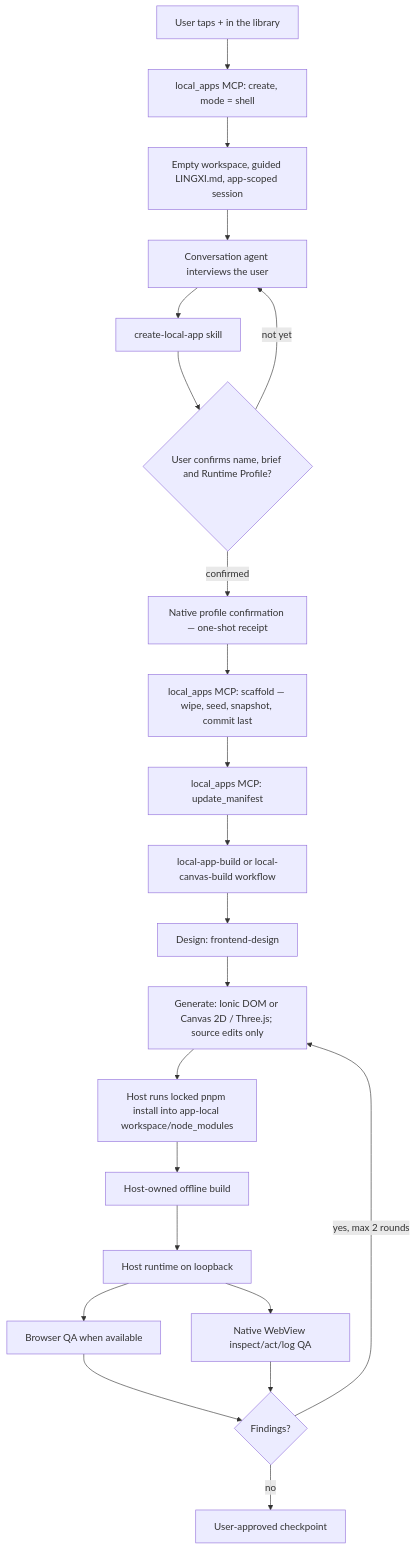
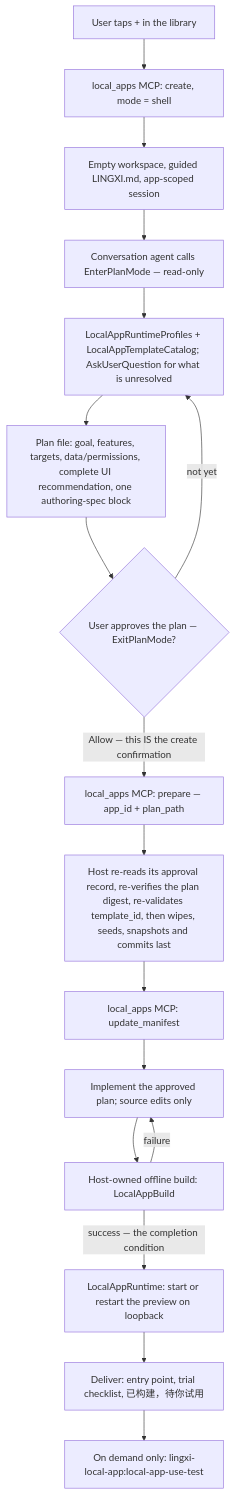
The diagram in docs/local-apps/HANDOFF.md (lingxi-coder/lingxi-app), drawn with Mermaid before and after one commit. The commit also changed other lines of this file and 68 other files, not shown here.

````diff
--- a/docs/local-apps/HANDOFF.md
+++ b/docs/local-apps/HANDOFF.md
@@ -26,24 +26,19 @@
 ```mermaid
 flowchart TD
     N["User taps + in the library"] --> SH["local_apps MCP: create, mode = shell"]
     SH --> E["Empty workspace, guided LINGXI.md, app-scoped session"]
-    E --> C["Conversation agent interviews the user"]
-    C --> S["create-local-app skill"]
-    S --> K{"User confirms name, brief and Runtime Profile?"}
-    K -->|"not yet"| C
-    K -->|"confirmed"| RC["Native profile confirmation — one-shot receipt"]
-    RC --> SC["local_apps MCP: scaffold — wipe, seed, snapshot, commit last"]
+    E --> PM["Conversation agent calls EnterPlanMode — read-only"]
+    PM --> Q["LocalAppRuntimeProfiles + LocalAppTemplateCatalog; AskUserQuestion for what is unresolved"]
+    Q --> PL["Plan file: goal, features, targets, data/permissions, complete UI recommendation, one authoring-spec block"]
+    PL --> A{"User approves the plan — ExitPlanMode?"}
+    A -->|"not yet"| Q
+    A -->|"Allow — this IS the create confirmation"| PR["local_apps MCP: prepare — app_id + plan_path"]
+    PR --> SC["Host re-reads its approval record, re-verifies the plan digest, re-validates template_id, then wipes, seeds, snapshots and commits last"]
     SC --> M["local_apps MCP: update_manifest"]
-    M --> W["local-app-build or local-canvas-build workflow"]
-    W --> D["Design: frontend-design"]
-    D --> G["Generate: Ionic DOM or Canvas 2D / Three.js; source edits only"]
-    G --> I["Host runs locked pnpm install into app-local workspace/node_modules"]
-    I --> B["Host-owned offline build"]
-    B --> R["Host runtime on loopback"]
-    R --> Q["Browser QA when available"]
-    R --> V["Native WebView inspect/act/log QA"]
-    Q --> F{"Findings?"}
-    V --> F
-    F -->|"yes, max 2 rounds"| G
-    F -->|"no"| P["User-approved checkpoint"]
+    M --> G["Implement the approved plan; source edits only"]
+    G --> B["Host-owned offline build: LocalAppBuild"]
+    B -->|"failure"| G
+    B -->|"success — the completion condition"| R["LocalAppRuntime: start or restart the preview on loopback"]
+    R --> D["Deliver: entry point, trial checklist, 已构建，待你试用"]
+    D --> V["On demand only: lingxi-local-app:local-app-use-test"]
 ```
````
